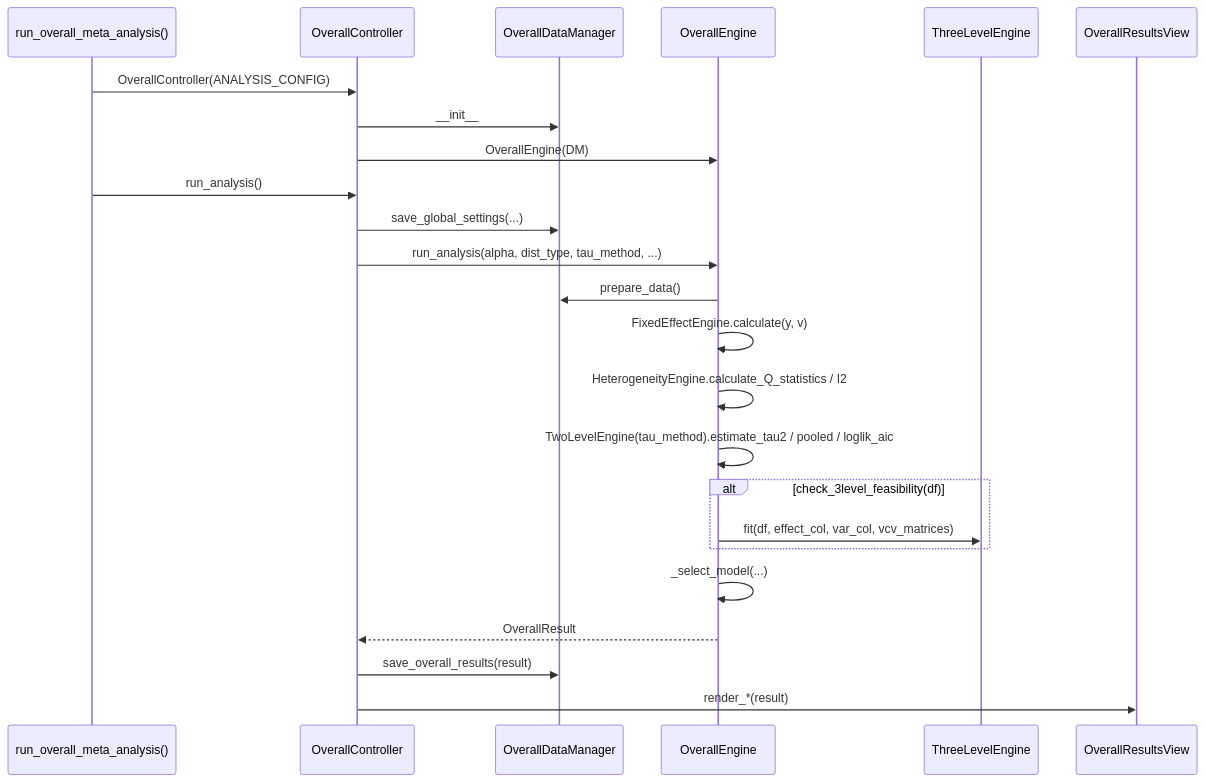
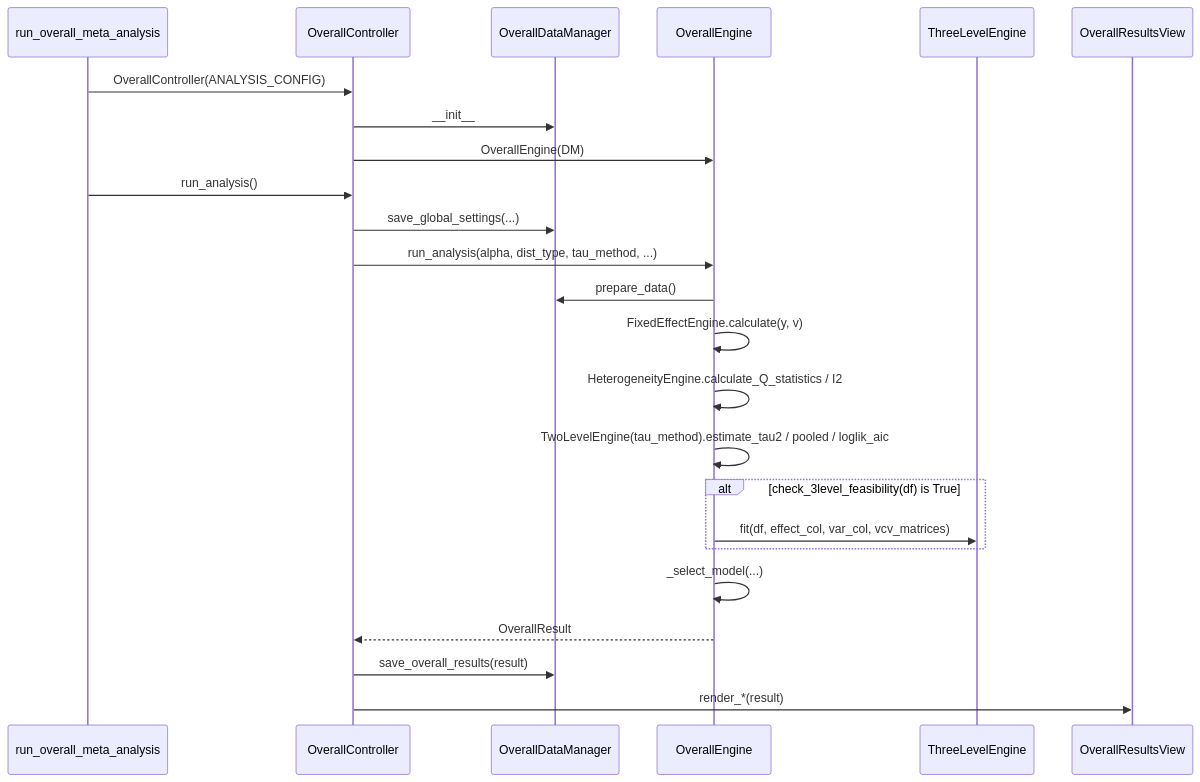
One commit to ErickJLA/CoMeta changed the fourth of 6 diagrams in docs/architecture_and_data_flow.md. Above: the diagram before and after it, drawn with Mermaid. The commit also changed other lines of this file, not shown here.

First line of the commit message:
Fix Mermaid diagram parse errors in architecture doc

````diff
--- a/docs/architecture_and_data_flow.md
+++ b/docs/architecture_and_data_flow.md
@@ -219,27 +219,27 @@
 ```mermaid
 sequenceDiagram
-    participant UI as run_overall_meta_analysis()
+    participant UI as run_overall_meta_analysis
     participant Ctl as OverallController
     participant DM as OverallDataManager
     participant Eng as OverallEngine
     participant TLE as ThreeLevelEngine
     participant View as OverallResultsView
 
     UI->>Ctl: OverallController(ANALYSIS_CONFIG)
     Ctl->>DM: __init__
     Ctl->>Eng: OverallEngine(DM)
     UI->>Ctl: run_analysis()
     Ctl->>DM: save_global_settings(...)
     Ctl->>Eng: run_analysis(alpha, dist_type, tau_method, ...)
     Eng->>DM: prepare_data()
     Eng->>Eng: FixedEffectEngine.calculate(y, v)
     Eng->>Eng: HeterogeneityEngine.calculate_Q_statistics / I2
     Eng->>Eng: TwoLevelEngine(tau_method).estimate_tau2 / pooled / loglik_aic
-    alt check_3level_feasibility(df)
+    alt check_3level_feasibility(df) is True
         Eng->>TLE: fit(df, effect_col, var_col, vcv_matrices)
     end
     Eng->>Eng: _select_model(...)
     Eng-->>Ctl: OverallResult
     Ctl->>DM: save_overall_results(result)
     Ctl->>View: render_*(result)
 ```
````
